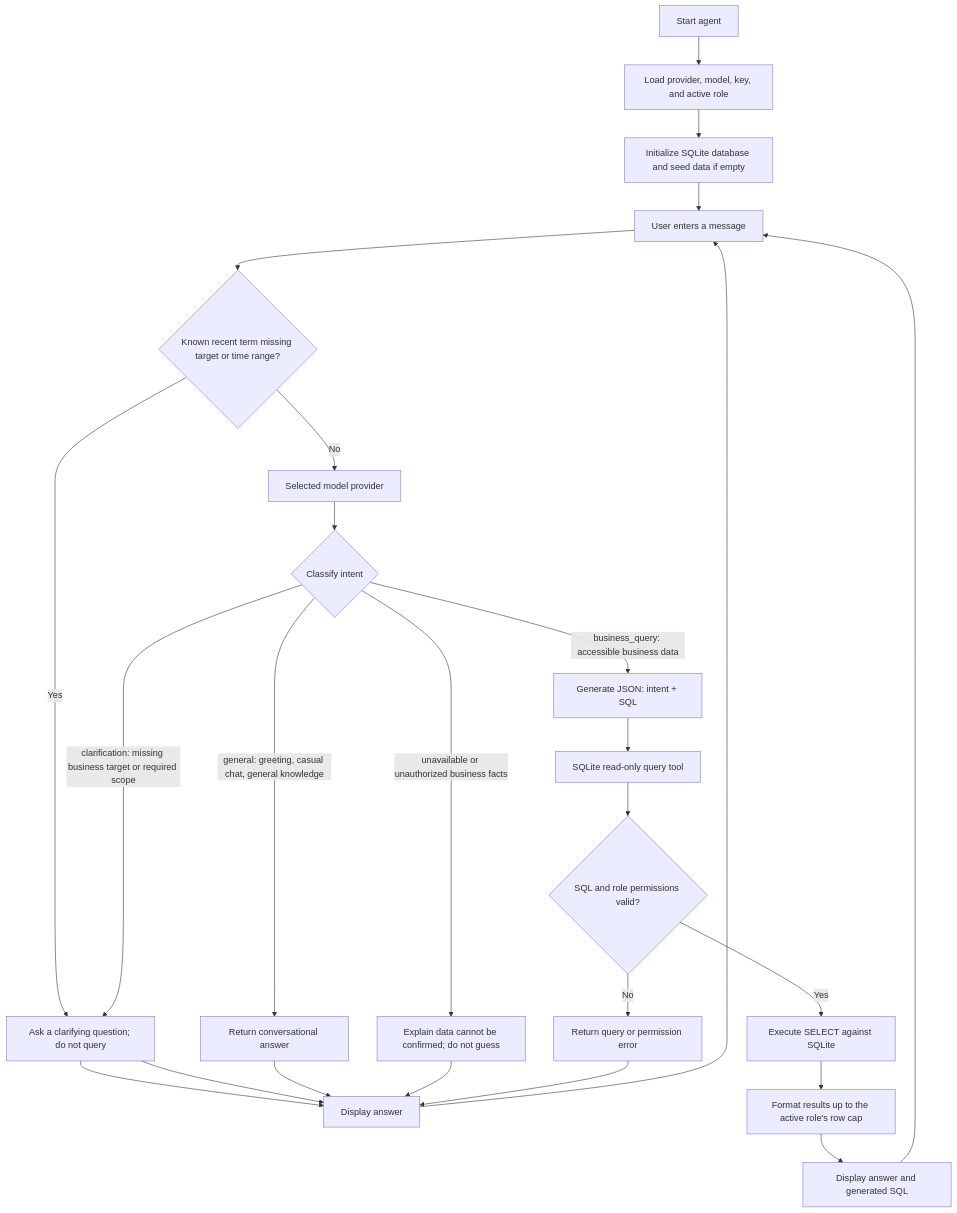
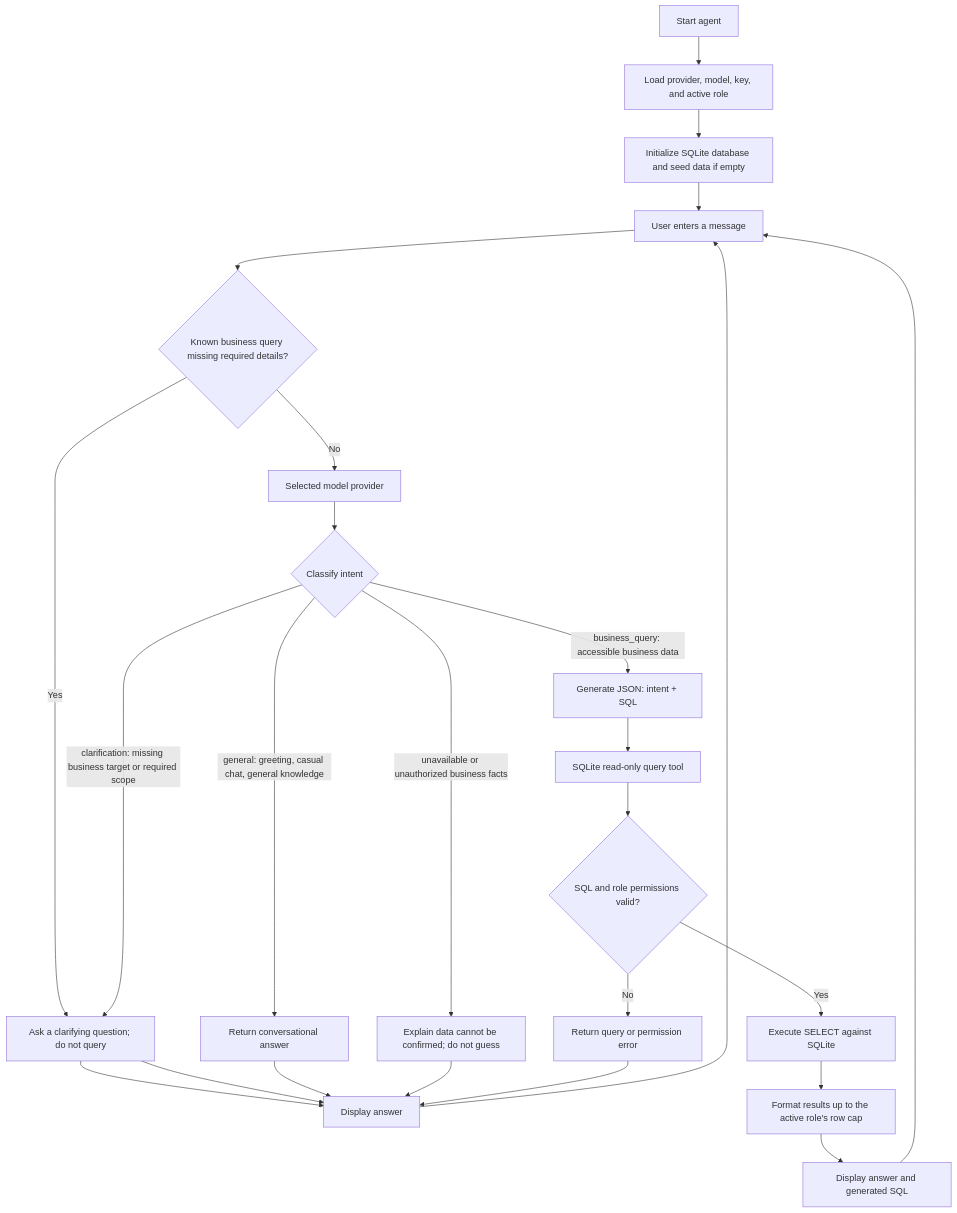
The diagram in README.md (SsiStevenMao/business-agent), drawn with Mermaid before and after one commit. The commit also changed other lines of this file and 6 other files, not shown here.

````diff
--- a/README.md
+++ b/README.md
@@ -12,32 +12,32 @@
 ```mermaid
 flowchart TD
     A["Start agent"] --> B["Load provider, model, key, and active role"]
     B --> C["Initialize SQLite database and seed data if empty"]
     C --> D["User enters a message"]
-    D --> P{"Known recent term missing target or time range?"}
+    D --> P{"Known business query missing required details?"}
     P -->|"Yes"| Q["Ask a targeted clarification; do not query"]
     Q --> R["Display answer"]
     P -->|"No"| E["Selected model provider"]
     E --> F{"Classify intent"}
 
     F -->|"clarification: missing business target or required scope"| Q["Ask a clarifying question; do not query"]
     Q --> R["Display answer"]
 
     F -->|"general: greeting, casual chat, general knowledge"| G["Return conversational answer"]
     G --> R["Display answer"]
 
     F -->|"business_query: accessible business data"| H["Generate JSON: intent + SQL"]
     F -->|"unavailable or unauthorized business facts"| N["Explain data cannot be confirmed; do not guess"]
     N --> R
 
     H --> I["SQLite read-only query tool"]
     I --> J{"SQL and role permissions valid?"}
     J -->|"No"| K["Return query or permission error"]
     K --> R
     J -->|"Yes"| L["Execute SELECT against SQLite"]
     L --> M["Format results up to the active role's row cap"]
     M --> S["Display answer and generated SQL"]
 
     R --> D
     S --> D
 ```
````
